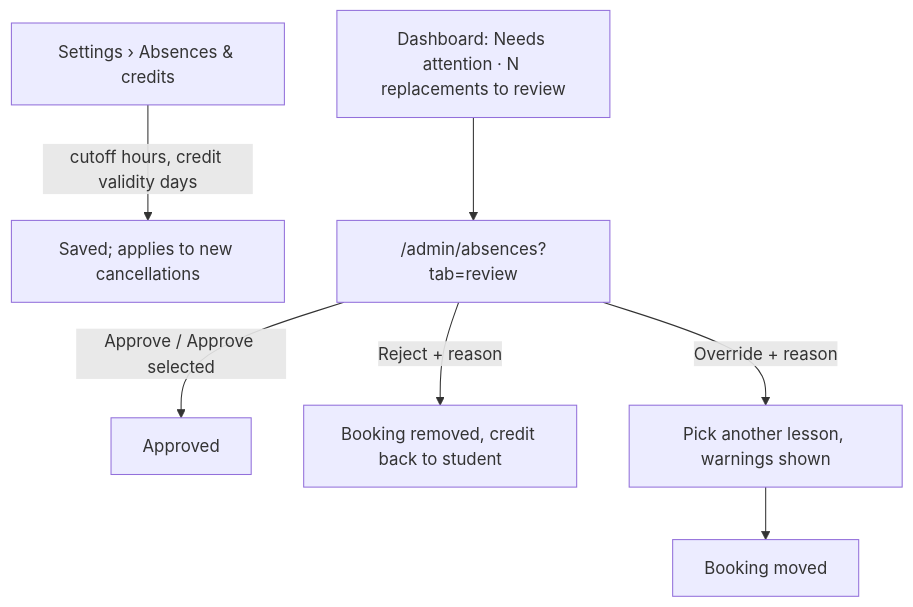
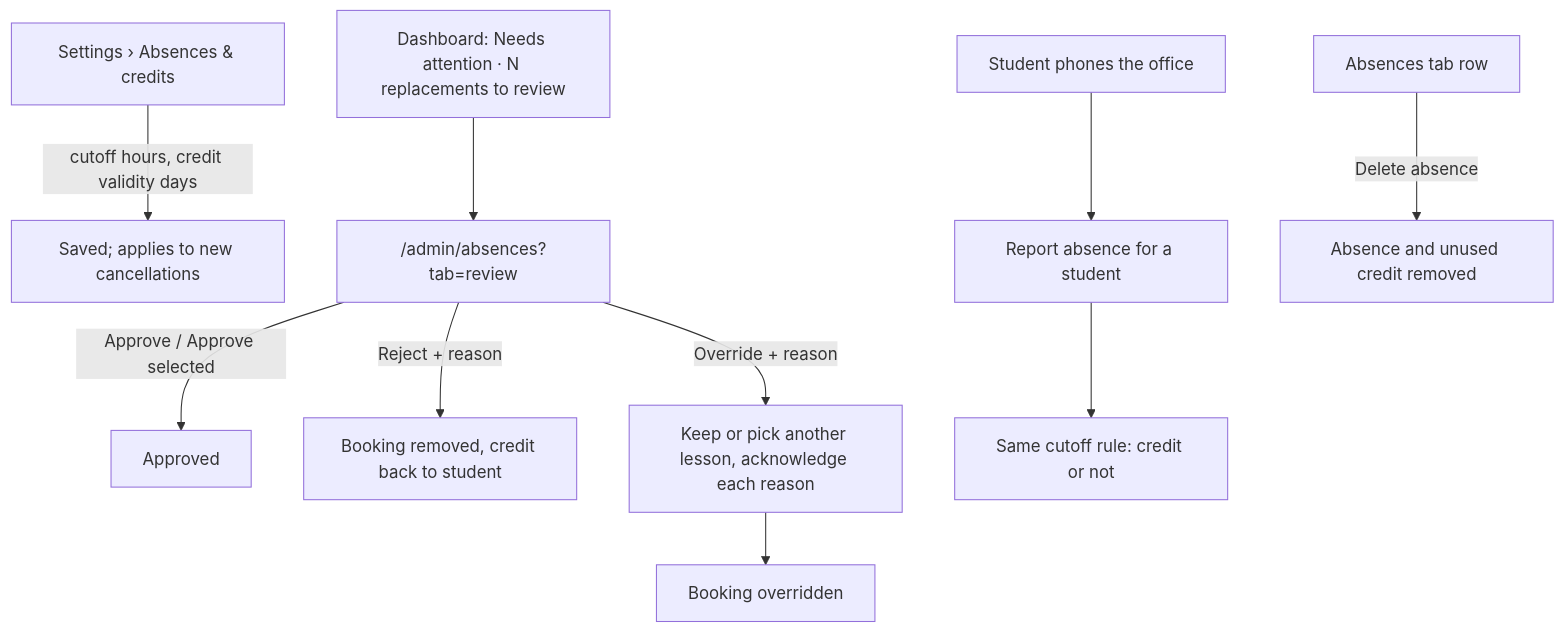
Before and after one commit to NoncommissionedRush/schoolmanager: the third of 3 diagrams in docs/design/absences.md, drawn with Mermaid. The commit also changed other lines of this file and 1 other file, not shown here.

````diff
--- a/docs/design/absences.md
+++ b/docs/design/absences.md
@@ -169,8 +183,10 @@
 ```mermaid
 flowchart TD
   SET["Settings › Absences & credits"] -->|cutoff hours, credit validity days| SAVE[Saved; applies to new cancellations]
   DASH[Dashboard: Needs attention · N replacements to review] --> RQ["/admin/absences?tab=review"]
   RQ -->|Approve / Approve selected| AP[Approved]
   RQ -->|Reject + reason| RJ[Booking removed, credit back to student]
-  RQ -->|Override + reason| OV[Pick another lesson, warnings shown] --> OD[Booking moved]
+  RQ -->|Override + reason| OV[Keep or pick another lesson, acknowledge each reason] --> OD[Booking overridden]
+  PH[Student phones the office] --> AC["Report absence for a student"] --> CRD[Same cutoff rule: credit or not]
+  AB[Absences tab row] -->|Delete absence| DEL[Absence and unused credit removed]
 ```
````
